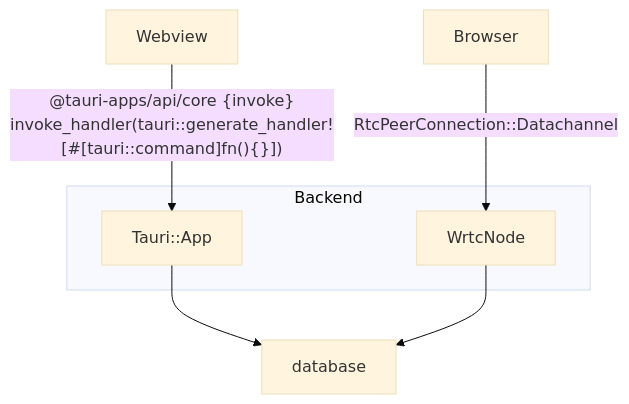
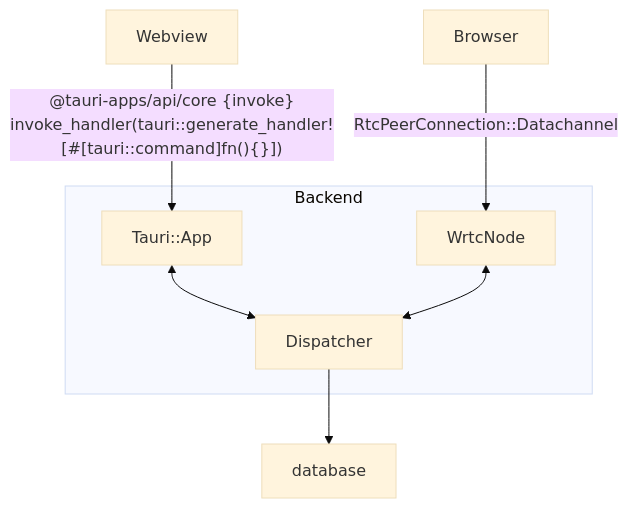
One commit to vk-swd/vamp changed the diagram in src-tauri/memo.md. Above: the diagram before and after it, drawn with Mermaid (base theme). The commit also changed other lines of this file and 9 other files, not shown here.

Commit message:
removed track_id from listen guard, decoupled db creation from tauri app, refactored main and created common runtime, added memo for tauri app

````diff
--- a/src-tauri/memo.md
+++ b/src-tauri/memo.md
@@ -7,13 +7,13 @@
 ```mermaid
 flowchart
-
-
-subgraph Backend
-    tauri_app["Tauri::App"]
-    WrtcNode
-end
-Webview --> |"@tauri-apps/api/core {invoke}<br>invoke_handler(tauri::generate_handler![#[tauri::command]fn(){}])"|tauri_app
-tauri_app --> database
-Browser --> |RtcPeerConnection::Datachannel| WrtcNode
-WrtcNode --> database
+    subgraph Backend
+        tauri_app["Tauri::App"]
+        WrtcNode
+        queue["Dispatcher"]
+    end
+    Webview --> |"@tauri-apps/api/core {invoke}<br>invoke_handler(tauri::generate_handler![#[tauri::command]fn(){}])"|tauri_app
+    tauri_app <--> queue
+    Browser --> |RtcPeerConnection::Datachannel| WrtcNode
+    WrtcNode <--> queue
+    queue --> database
 ```
````
